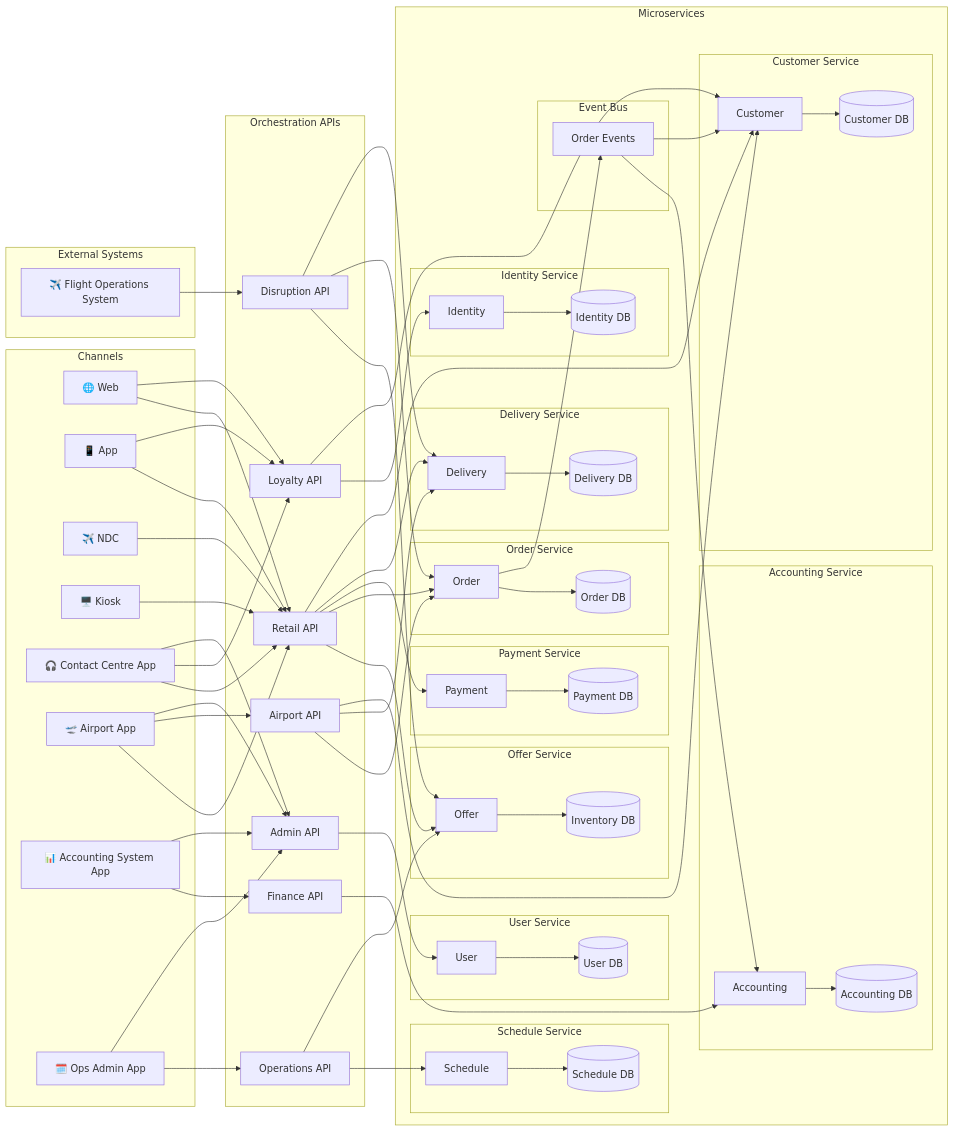
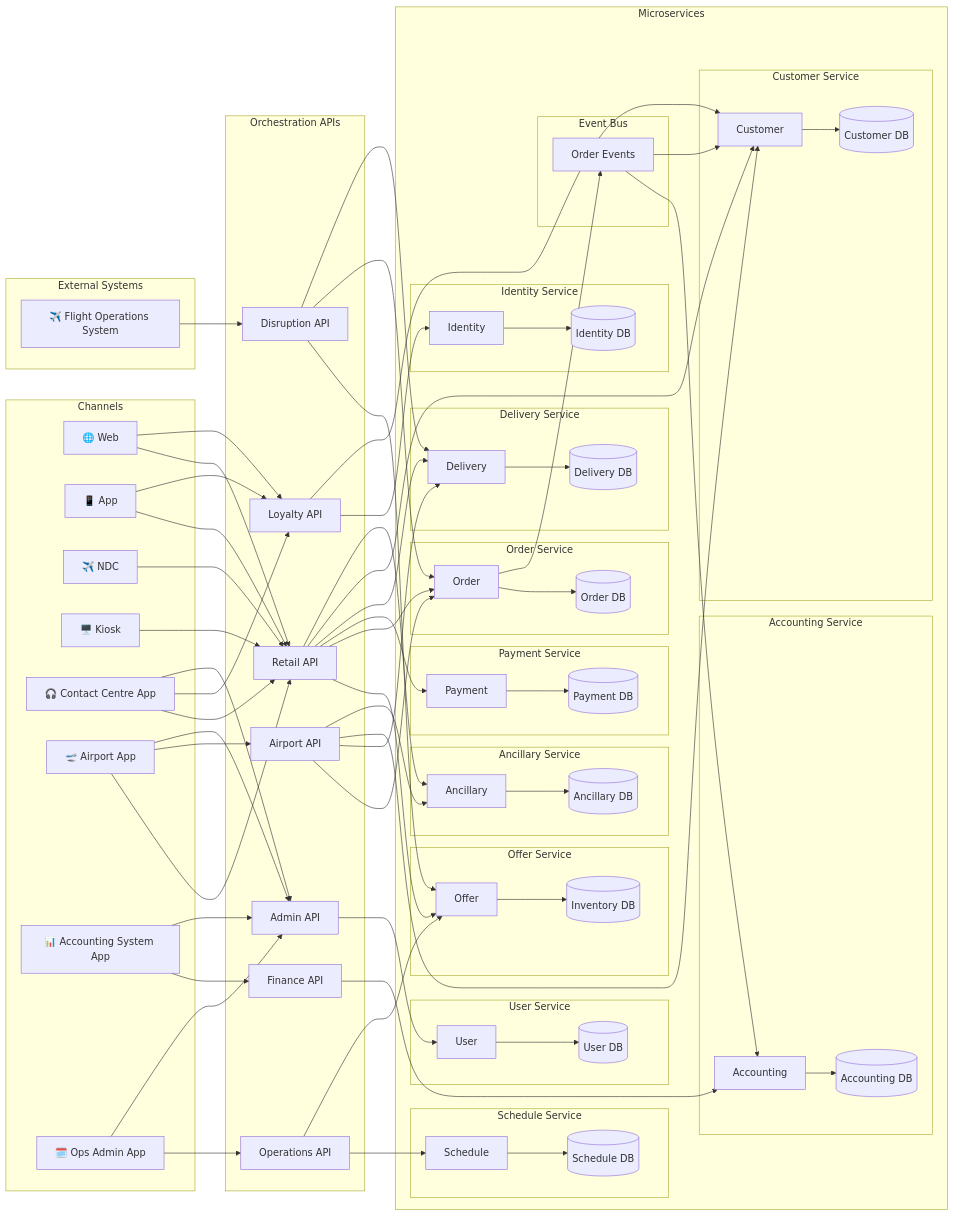
One commit to sebharvey/airline-reservation-system changed the diagram in documentation/system-overview.md. Above: the diagram before and after it, drawn with Mermaid. The commit also changed other lines of this file and 3 other files, not shown here.

```diff
--- a/documentation/system-overview.md
+++ b/documentation/system-overview.md
@@ -139,6 +145,11 @@
             ACCOUNTING_DB[(Accounting DB)]
         end
 
+        subgraph ANCILLARY_SVC["Ancillary Service"]
+            ANCILLARY[Ancillary]
+            ANCILLARY_DB[(Ancillary DB)]
+        end
+
         subgraph SCHEDULE_SVC["Schedule Service"]
             SCHEDULE[Schedule]
             SCHEDULE_DB[(Schedule DB)]
@@ -167,9 +178,9 @@
     CC & AIRPORT & ACCT_CH & OPS_APP --> ADMIN_API
 
     %% Orchestration → Microservices
-    RETAIL_API --> OFFER & ORDER & PAYMENT & DELIVERY & CUSTOMER
+    RETAIL_API --> OFFER & ORDER & PAYMENT & DELIVERY & CUSTOMER & ANCILLARY
     LOYALTY_API --> IDENTITY & CUSTOMER
-    AIRPORT_API --> ORDER & DELIVERY & CUSTOMER
+    AIRPORT_API --> ORDER & DELIVERY & CUSTOMER & ANCILLARY
     FINANCE_API --> ACCOUNTING
     DISRUPTION_API --> OFFER & ORDER & DELIVERY
     OPERATIONS_API --> SCHEDULE & OFFER
@@ -183,6 +194,7 @@
     DELIVERY --> DELIVERY_DB
     CUSTOMER --> CUSTOMER_DB
     ACCOUNTING --> ACCOUNTING_DB
+    ANCILLARY --> ANCILLARY_DB
     SCHEDULE --> SCHEDULE_DB
     USER --> USER_DB
 
```
